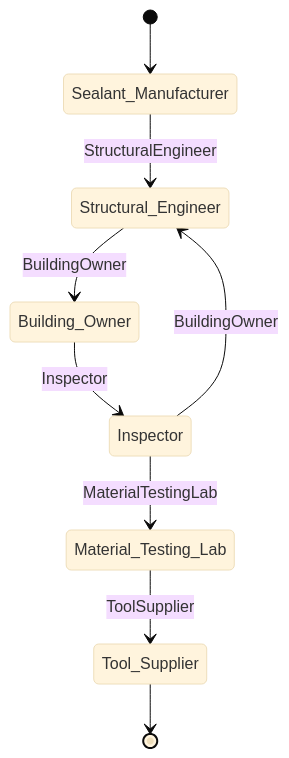
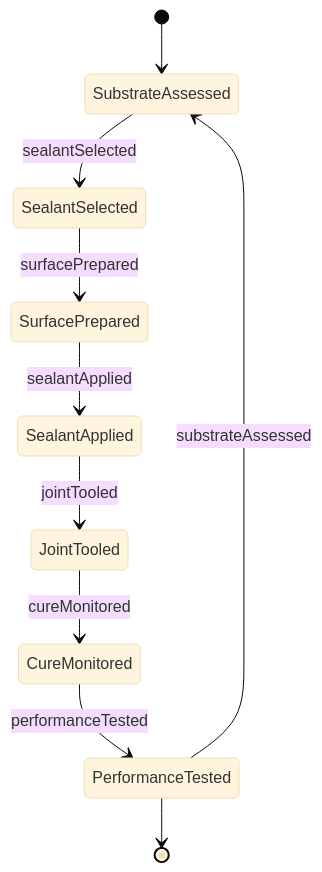
One commit to dot-org-ai/tasks.org.ai changed the second of 4 diagrams in HandlingAndMovingObjects/ApplyProtectiveSolutionsOrCoatings/ApplySealantsProtectiveCoatings.mdx. Above: the diagram before and after it, drawn with Mermaid (base theme). The commit also changed other lines of this file and 40 other files, not shown here.

First line of the commit message:
fix: Replace Actor-based ER and State diagrams with Entity/Event-based diagrams in 41 HandlingAndMovingObjects DWA files

````diff
--- a/HandlingAndMovingObjects/ApplyProtectiveSolutionsOrCoatings/ApplySealantsProtectiveCoatings.mdx
+++ b/HandlingAndMovingObjects/ApplyProtectiveSolutionsOrCoatings/ApplySealantsProtectiveCoatings.mdx
@@ -101,11 +99,12 @@
 ```mermaid
 stateDiagram-v2
-    [*] --> Sealant_Manufacturer
-    Sealant_Manufacturer --> Structural_Engineer: StructuralEngineer
-    Structural_Engineer --> Building_Owner: BuildingOwner
-    Building_Owner --> Inspector: Inspector
-    Inspector --> Material_Testing_Lab: MaterialTestingLab
-    Material_Testing_Lab --> Tool_Supplier: ToolSupplier
-    Inspector --> Structural_Engineer: BuildingOwner
-    Tool_Supplier --> [*]
+    [*] --> SubstrateAssessed
+    SubstrateAssessed --> SealantSelected : sealantSelected
+    SealantSelected --> SurfacePrepared : surfacePrepared
+    SurfacePrepared --> SealantApplied : sealantApplied
+    SealantApplied --> JointTooled : jointTooled
+    JointTooled --> CureMonitored : cureMonitored
+    CureMonitored --> PerformanceTested : performanceTested
+    PerformanceTested --> SubstrateAssessed : substrateAssessed
+    PerformanceTested --> [*]
 ```
````
